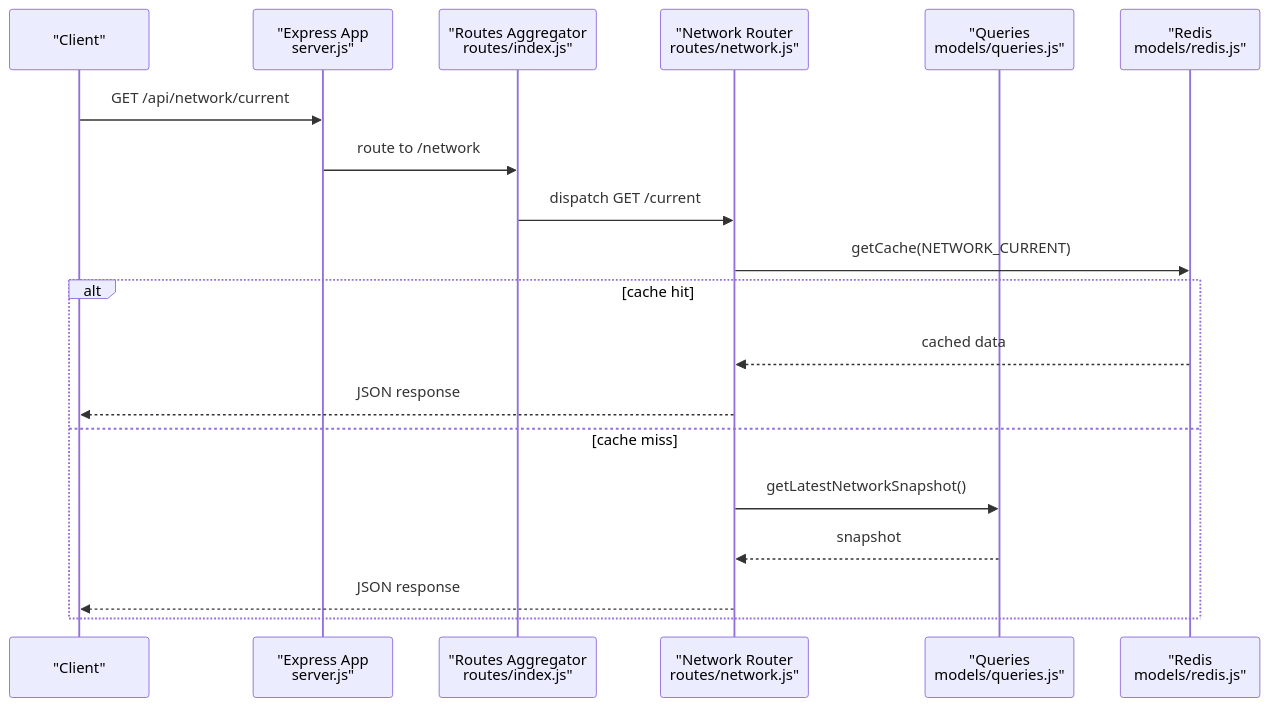
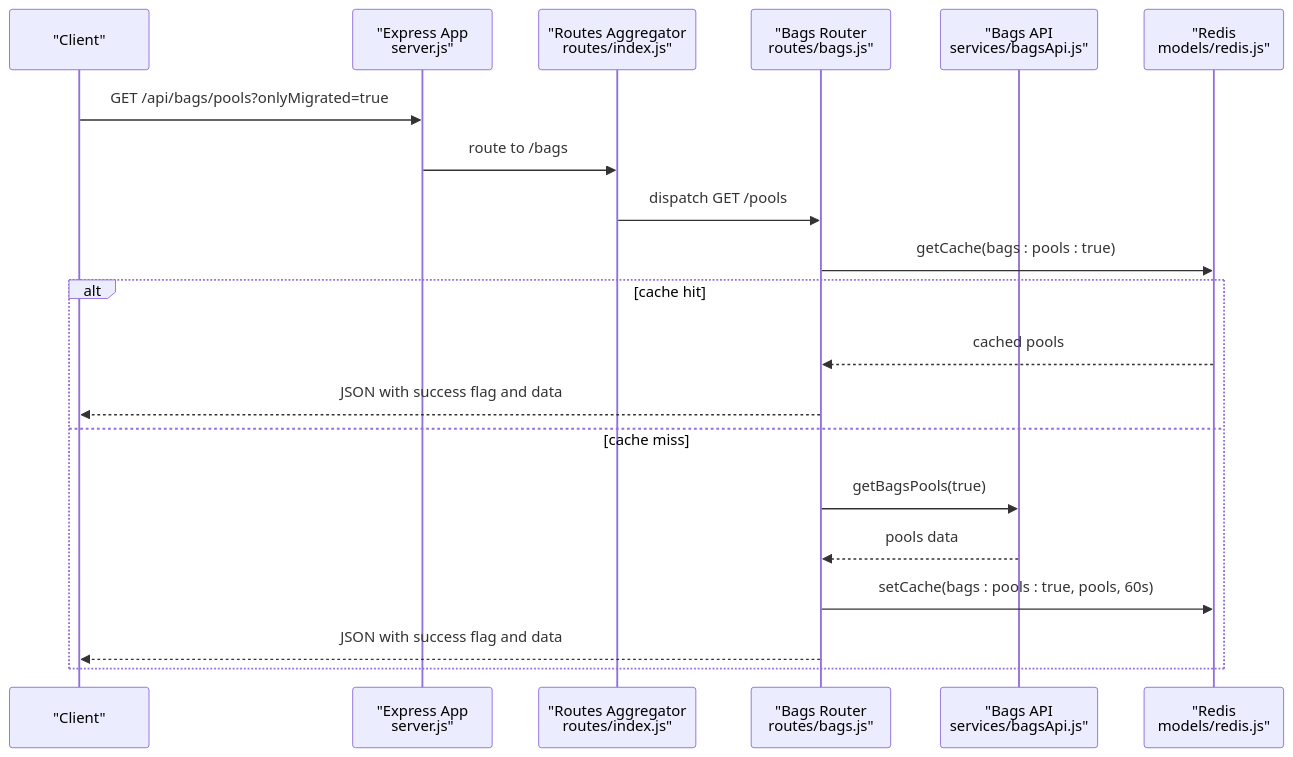
One commit to RunTimeAdmin/InfraWatch changed the second of 7 diagrams in .qoder/repowiki/en/content/Backend Architecture/Routing System/Routing System.md. Above: the diagram before and after it, drawn with Mermaid. The commit also changed other lines of this file and 12 other files, not shown here.

````diff
--- a/.qoder/repowiki/en/content/Backend Architecture/Routing System/Routing System.md
+++ b/.qoder/repowiki/en/content/Backend Architecture/Routing System/Routing System.md
@@ -98,21 +117,22 @@
 ```mermaid
 sequenceDiagram
 participant Client as "Client"
 participant App as "Express App<br/>server.js"
 participant Router as "Routes Aggregator<br/>routes/index.js"
-participant Net as "Network Router<br/>routes/network.js"
-participant Q as "Queries<br/>models/queries.js"
+participant Bags as "Bags Router<br/>routes/bags.js"
+participant BAPI as "Bags API<br/>services/bagsApi.js"
 participant R as "Redis<br/>models/redis.js"
-Client->>App : GET /api/network/current
-App->>Router : route to /network
-Router->>Net : dispatch GET /current
-Net->>R : getCache(NETWORK_CURRENT)
+Client->>App : GET /api/bags/pools?onlyMigrated=true
+App->>Router : route to /bags
+Router->>Bags : dispatch GET /pools
+Bags->>R : getCache(bags : pools : true)
 alt cache hit
-R-->>Net : cached data
-Net-->>Client : JSON response
+R-->>Bags : cached pools
+Bags-->>Client : JSON with success flag and data
 else cache miss
-Net->>Q : getLatestNetworkSnapshot()
-Q-->>Net : snapshot
-Net-->>Client : JSON response
+Bags->>BAPI : getBagsPools(true)
+BAPI-->>Bags : pools data
+Bags->>R : setCache(bags : pools : true, pools, 60s)
+Bags-->>Client : JSON with success flag and data
 end
 ```
````
